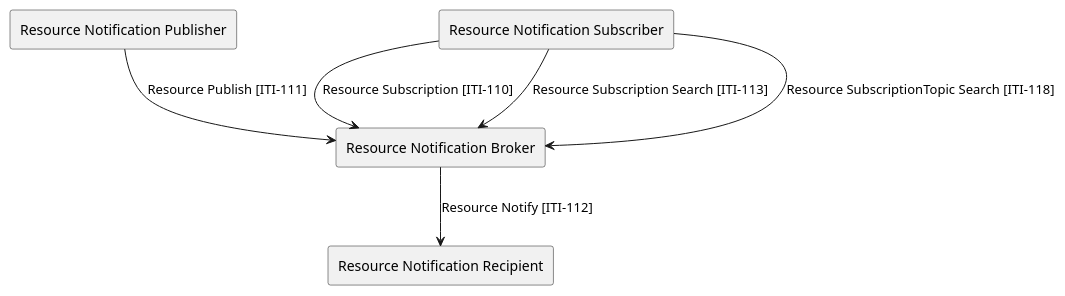
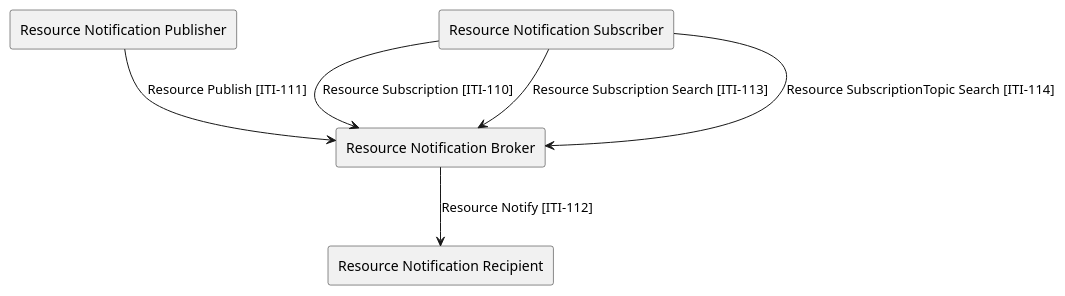
Before and after one commit to IHE/ITI.DSUBm: the diagram in input/images-source/ActorsAndTransactions.plantuml, drawn with PlantUML. The commit also changed 8 other files, not shown here.

```diff
--- a/input/images-source/ActorsAndTransactions.plantuml
+++ b/input/images-source/ActorsAndTransactions.plantuml
@@ -1,11 +1,11 @@
 @startuml
 agent "Resource Notification Publisher" as Publisher
 agent "Resource Notification Broker" as Broker
 agent "Resource Notification Subscriber" as Subscriber
 agent "Resource Notification Recipient" as Recipient
 Publisher --> Broker : "Resource Publish [ITI-111]"
 Subscriber --> Broker : "Resource Subscription [ITI-110]"
 Subscriber --> Broker : "Resource Subscription Search [ITI-113]"
-Subscriber --> Broker : "Resource SubscriptionTopic Search [ITI-118]"
+Subscriber --> Broker : "Resource SubscriptionTopic Search [ITI-114]"
 Broker --> Recipient : "Resource Notify [ITI-112]"
 @enduml
```
